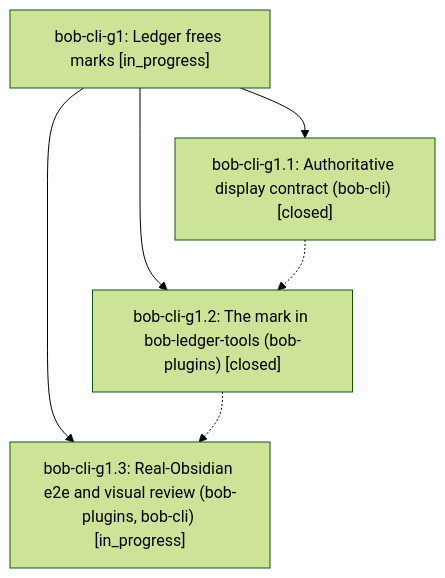
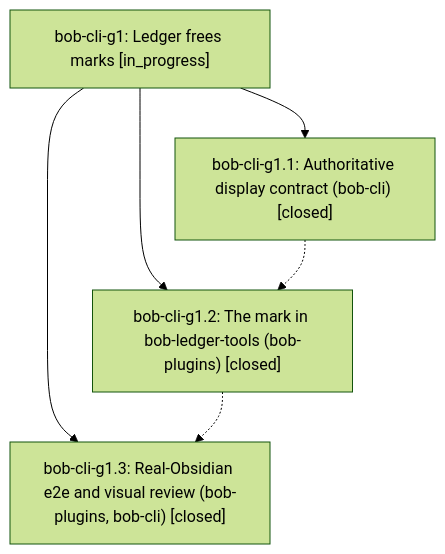
Before and after one commit to bobs-org/bob-cli--beads: the diagram in pages/bob-cli-g1/README.md, drawn with Mermaid (forest theme). The commit also changed other lines of this file and 2 other files, not shown here.

First line of the commit message:
chore(beads): sync bead state and pages for bob-cli-g1

````diff
--- a/pages/bob-cli-g1/README.md
+++ b/pages/bob-cli-g1/README.md
@@ -38,12 +38,12 @@
 ```mermaid
 flowchart TD
     n0["bob-cli-g1: Ledger frees marks [in_progress]"]
     n1["bob-cli-g1.1: Authoritative display contract (bob-cli) [closed]"]
     n2["bob-cli-g1.2: The mark in bob-ledger-tools (bob-plugins) [closed]"]
-    n3["bob-cli-g1.3: Real-Obsidian e2e and visual review (bob-plugins, bob-cli) [in_progress]"]
+    n3["bob-cli-g1.3: Real-Obsidian e2e and visual review (bob-plugins, bob-cli) [closed]"]
     n0 --> n1
     n0 --> n2
     n0 --> n3
     n1 -.-> n2
     n2 -.-> n3
 ```
````
